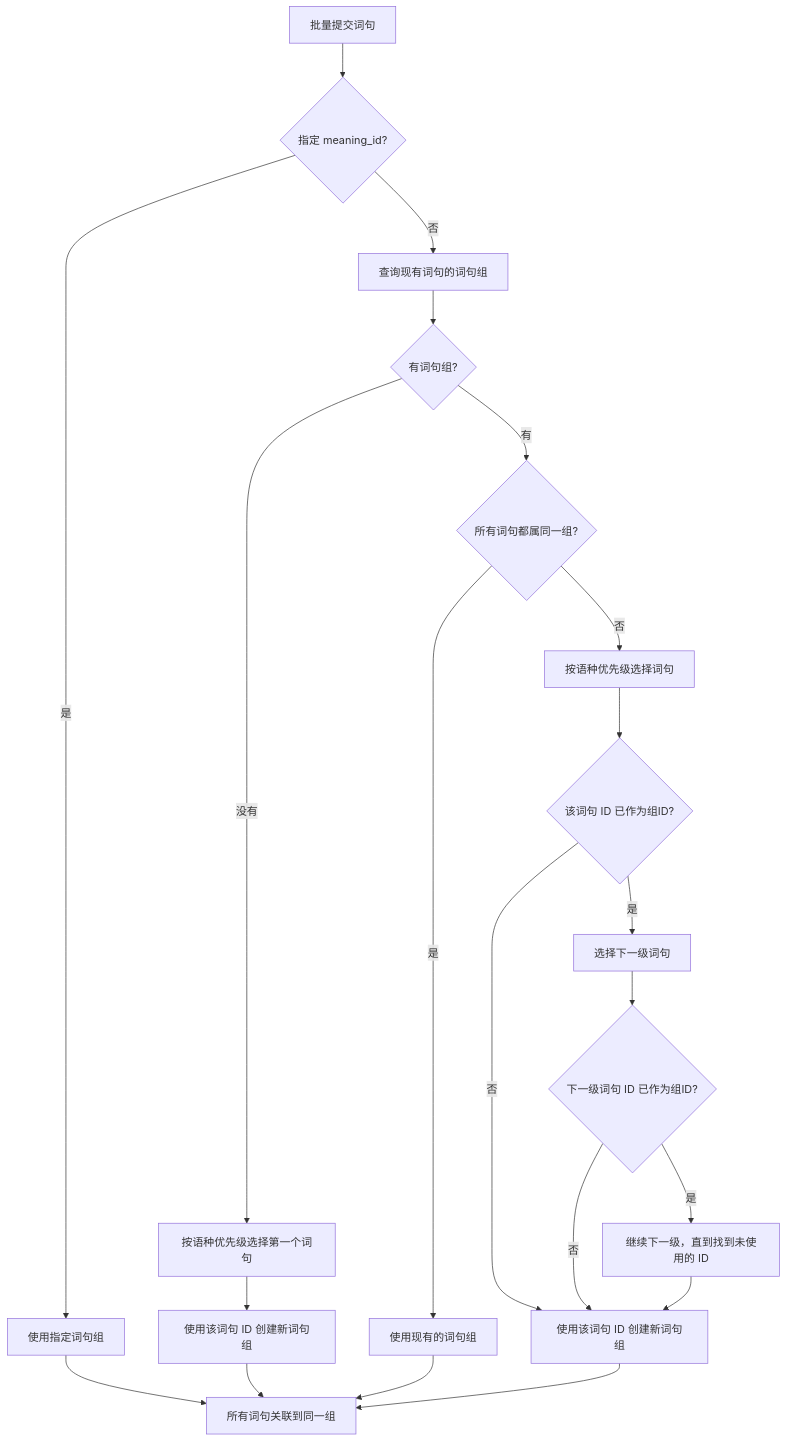
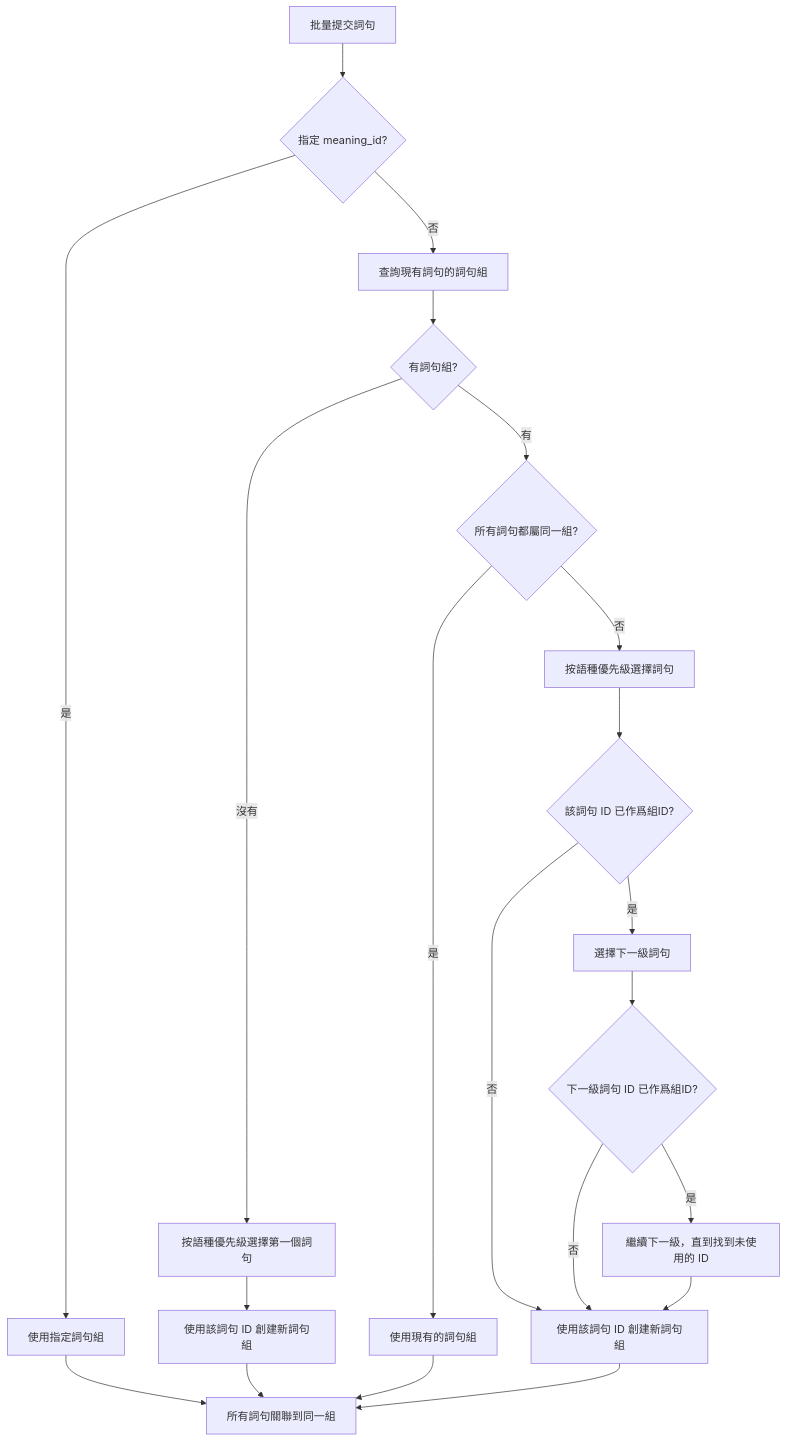
One commit to tsunhua/langmap changed the diagram in docs/design/features/feat-meaning-mapping.md. Above: the diagram before and after it, drawn with Mermaid. The commit also changed other lines of this file and 40 other files, not shown here.

````diff
--- a/docs/design/features/feat-meaning-mapping.md
+++ b/docs/design/features/feat-meaning-mapping.md
@@ -870,23 +870,23 @@
 ```mermaid
 graph TD
-    A[批量提交词句] --> B{指定 meaning_id?}
-    B -->|是| C[使用指定词句组]
-    B -->|否| D[查询现有词句的词句组]
-    D --> E{有词句组?}
-    E -->|没有| F[按语种优先级选择第一个词句]
-    F --> G[使用该词句 ID 创建新词句组]
-    E -->|有| H{所有词句都属同一组?}
-    H -->|是| I[使用现有的词句组]
-    H -->|否| J[按语种优先级选择词句]
-    J --> K{该词句 ID 已作为组ID?}
-    K -->|否| L[使用该词句 ID 创建新词句组]
-    K -->|是| M[选择下一级词句]
-    M --> N{下一级词句 ID 已作为组ID?}
+    A[批量提交詞句] --> B{指定 meaning_id?}
+    B -->|是| C[使用指定詞句組]
+    B -->|否| D[查詢現有詞句的詞句組]
+    D --> E{有詞句組?}
+    E -->|沒有| F[按語種優先級選擇第一個詞句]
+    F --> G[使用該詞句 ID 創建新詞句組]
+    E -->|有| H{所有詞句都屬同一組?}
+    H -->|是| I[使用現有的詞句組]
+    H -->|否| J[按語種優先級選擇詞句]
+    J --> K{該詞句 ID 已作爲組ID?}
+    K -->|否| L[使用該詞句 ID 創建新詞句組]
+    K -->|是| M[選擇下一級詞句]
+    M --> N{下一級詞句 ID 已作爲組ID?}
     N -->|否| L
-    N -->|是| O[继续下一级，直到找到未使用的 ID]
-    C --> P[所有词句关联到同一组]
+    N -->|是| O[繼續下一級，直到找到未使用的 ID]
+    C --> P[所有詞句關聯到同一組]
     G --> P
     I --> P
     L --> P
     O --> L
 ```
````
